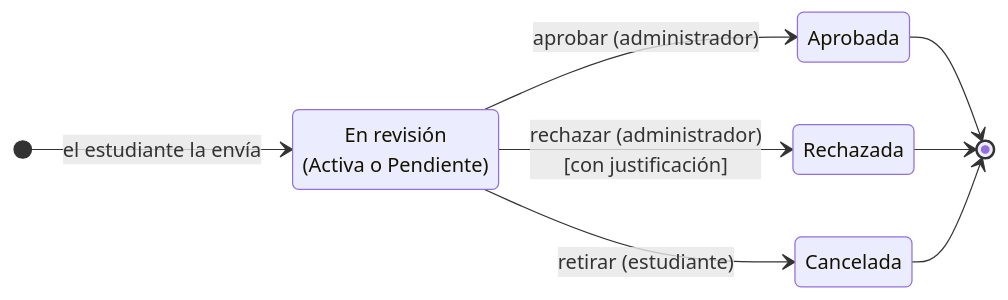
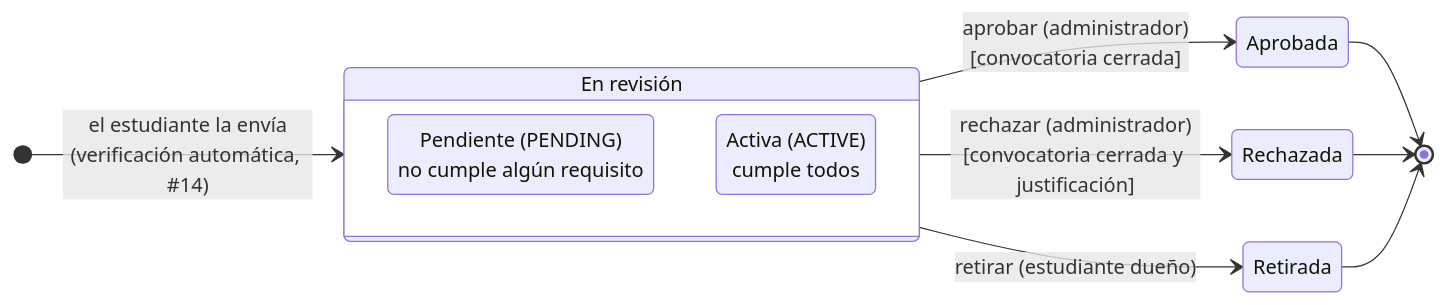
One commit to SemilleroSOLID/clean-architecture-api changed the third of 4 diagrams in diagramas/estados-convocatoria.md. Above: the diagram before and after it, drawn with Mermaid. The commit also changed other lines of this file and 19 other files, not shown here.

````diff
--- a/diagramas/estados-convocatoria.md
+++ b/diagramas/estados-convocatoria.md
@@ -159,12 +159,15 @@
 ```mermaid
 stateDiagram-v2
     direction LR
-    state "En revisión<br/>(Activa o Pendiente)" as Revision
-    [*] --> Revision : el estudiante la envía
-    Revision --> Aprobada : aprobar (administrador)
-    Revision --> Rechazada : rechazar (administrador)<br/>[con justificación]
-    Revision --> Cancelada : retirar (estudiante)
+    state "En revisión" as Revision {
+        Pendiente: Pendiente (PENDING)<br/>no cumple algún requisito
+        Activa: Activa (ACTIVE)<br/>cumple todos
+    }
+    [*] --> Revision : el estudiante la envía<br/>(verificación automática, #14)
+    Revision --> Aprobada : aprobar (administrador)<br/>[convocatoria cerrada]
+    Revision --> Rechazada : rechazar (administrador)<br/>[convocatoria cerrada y justificación]
+    Revision --> Retirada : retirar (estudiante dueño)
     Aprobada --> [*]
     Rechazada --> [*]
-    Cancelada --> [*]
+    Retirada --> [*]
 ```
````
